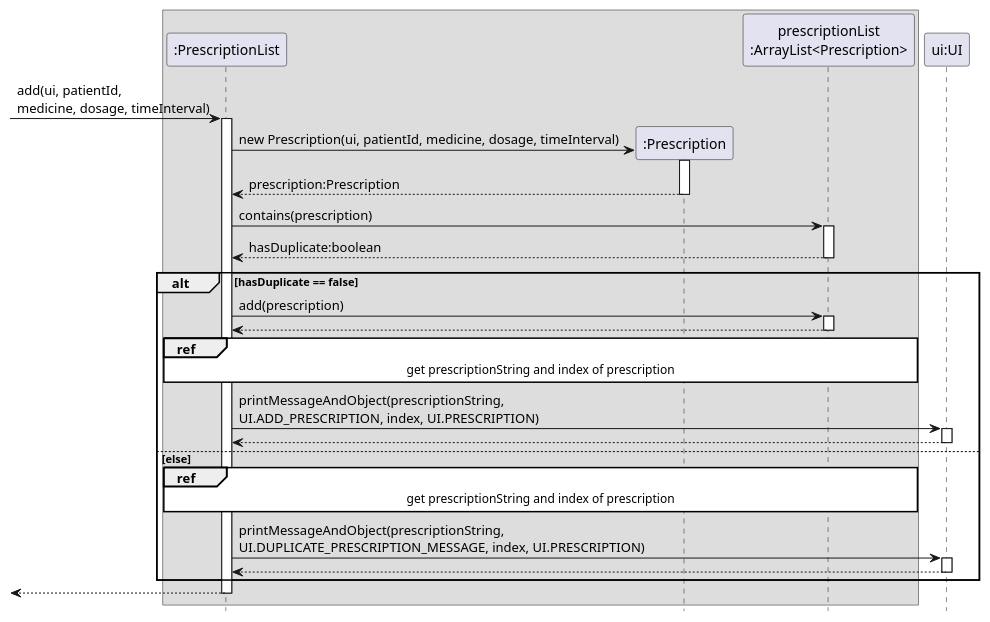
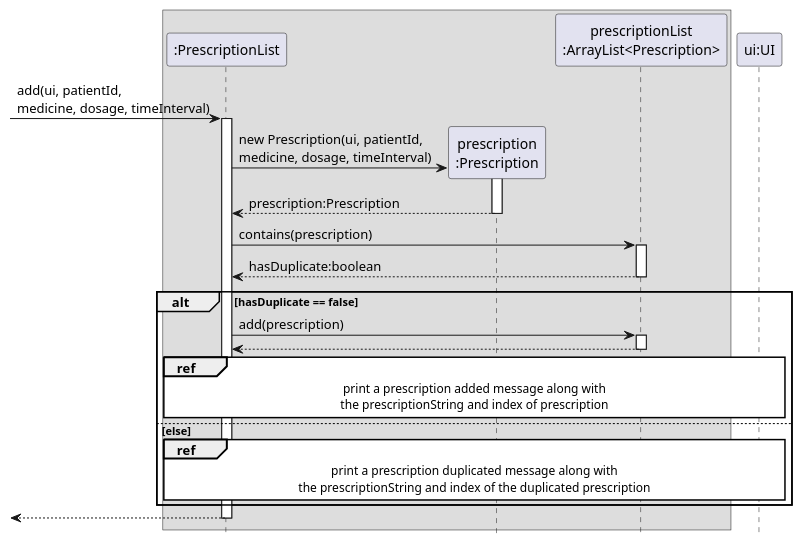
One commit to nus-cs2113-AY2223S1/tp changed the diagram in docs/diagrams/PrescriptionListAdd.puml. Above: the diagram before and after it, drawn with PlantUML. The commit also changed 8 other files, not shown here.

Commit message:
Add edit prescription sequence diagram and further simply other diagrams

```diff
--- a/docs/diagrams/PrescriptionListAdd.puml
+++ b/docs/diagrams/PrescriptionListAdd.puml
@@ -1,51 +1,45 @@
 @startuml
 hide footbox
 skinparam sequenceReferenceBackgroundColor #White
 
 box
 participant ":PrescriptionList" as A
-participant ":Prescription" as B
+participant "prescription\n:Prescription" as B
 participant "prescriptionList\n:ArrayList<Prescription>" as C
 end box
 
 participant "ui:UI" as D
 
 [-> A : add(ui, patientId, \nmedicine, dosage, timeInterval)
 activate A
 
 create B
-A -> B : new Prescription(ui, patientId, medicine, dosage, timeInterval)
+A -> B : new Prescription(ui, patientId, \nmedicine, dosage, timeInterval)
 activate B
 B --> A : prescription:Prescription
 deactivate B
 
 A -> C : contains(prescription)
 activate C
 return hasDuplicate:boolean
 
 alt hasDuplicate == false
     A -> C : add(prescription)
     activate C
     return
 
-    ref over A, B, C
-        get prescriptionString and index of prescription
+    ref over A, B, C, D
+         print a prescription added message along with
+         the prescriptionString and index of prescription
     end
 
-    A -> D : printMessageAndObject(prescriptionString, \nUI.ADD_PRESCRIPTION, index, UI.PRESCRIPTION)
-    activate D
-    return
-
 else else
-    ref over A, B, C
-        get prescriptionString and index of prescription
+    ref over A, B, C, D
+        print a prescription duplicated message along with
+        the prescriptionString and index of the duplicated prescription
     end
-
-    A -> D : printMessageAndObject(prescriptionString, \nUI.DUPLICATE_PRESCRIPTION_MESSAGE, index, UI.PRESCRIPTION)
-    activate D
-    return
 end
 
 return
 
 @enduml
```
